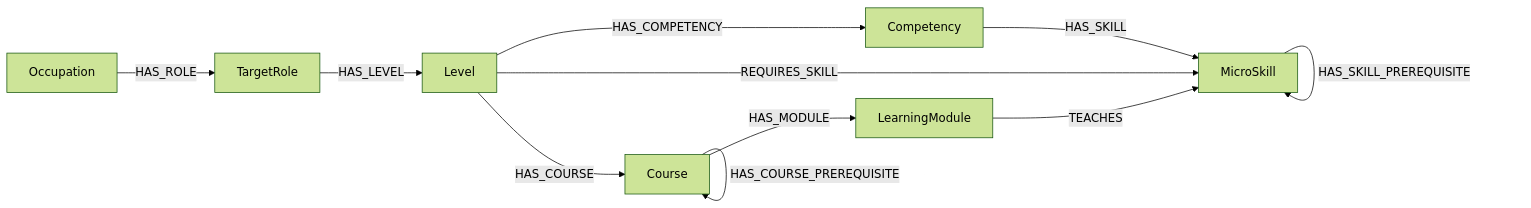
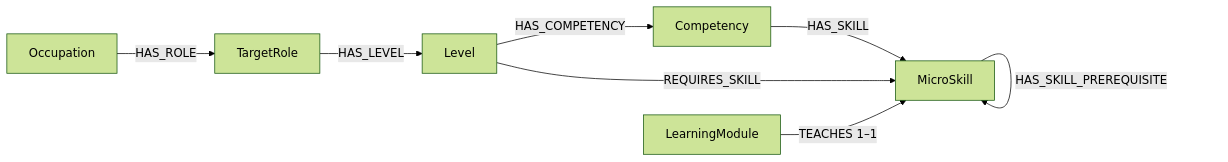
Before and after one commit to SEP490-Fall-2026-GFA26SE64/SEP490: the diagram in documents/dataset/ONTOLOGY.md, drawn with Mermaid (forest theme). The commit also changed other lines of this file and 202 other files, not shown here.

````diff
--- a/documents/dataset/ONTOLOGY.md
+++ b/documents/dataset/ONTOLOGY.md
@@ -10,13 +11,10 @@
 ```mermaid
 flowchart LR
  O[Occupation] -->|HAS_ROLE| R[TargetRole]
  R -->|HAS_LEVEL| L[Level]
  L -->|HAS_COMPETENCY| C[Competency]
  C -->|HAS_SKILL| S[MicroSkill]
  L -->|REQUIRES_SKILL| S
- L -->|HAS_COURSE| K[Course]
- K -->|HAS_MODULE| M[LearningModule]
- M -->|TEACHES| S
- K -->|HAS_COURSE_PREREQUISITE| K
+ M[LearningModule] -->|TEACHES 1–1| S
  S -->|HAS_SKILL_PREREQUISITE| S
 ```
````
